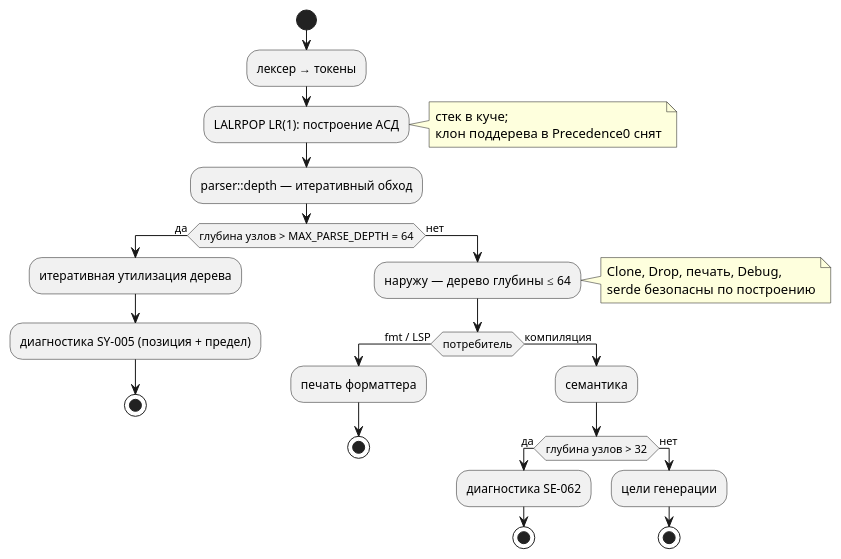
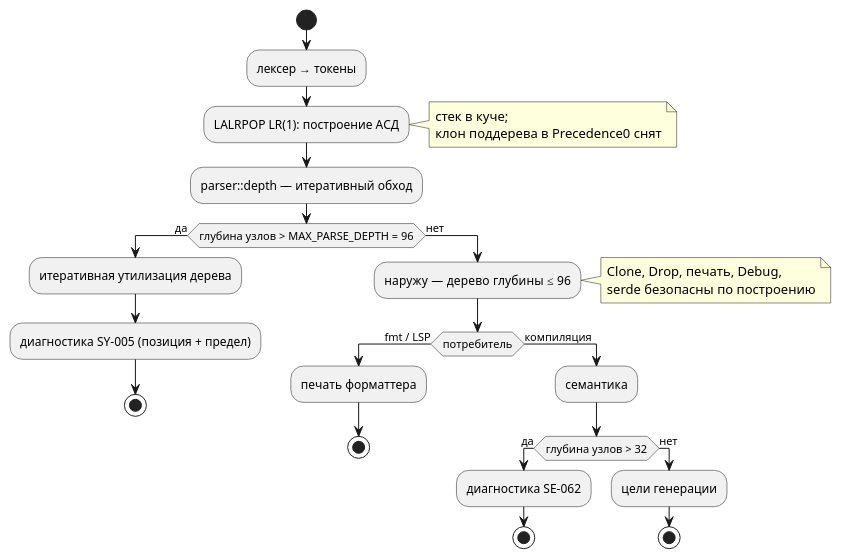
One commit to Pastor/Takt changed the second of 2 diagrams in docs/adr/0156-parser-depth-limit.md. Above: the diagram before and after it, drawn with PlantUML. The commit also changed other lines of this file and 23 other files, not shown here.

First line of the commit message:
feat(0156): предел глубины разбора SY-005 в единой точке parse (задачи 0156-02…06)

````diff
--- a/docs/adr/0156-parser-depth-limit.md
+++ b/docs/adr/0156-parser-depth-limit.md
@@ -245,30 +261,30 @@
 ```plantuml
 @startuml
 start
 :лексер → токены;
 :LALRPOP LR(1): построение АСД;
 note right: стек в куче;\nклон поддерева в Precedence0 снят
 :parser::depth — итеративный обход;
-if (глубина узлов > MAX_PARSE_DEPTH = 64) then (да)
+if (глубина узлов > MAX_PARSE_DEPTH = 96) then (да)
   :итеративная утилизация дерева;
   :диагностика SY-005 (позиция + предел);
   stop
 else (нет)
-  :наружу — дерево глубины ≤ 64;
+  :наружу — дерево глубины ≤ 96;
   note right: Clone, Drop, печать, Debug,\nserde безопасны по построению
   if (потребитель) then (fmt / LSP)
     :печать форматтера;
     stop
   else (компиляция)
     :семантика;
     if (глубина узлов > 32) then (да)
       :диагностика SE-062;
       stop
     else (нет)
       :цели генерации;
       stop
     endif
   endif
 endif
 @enduml
 ```
````
